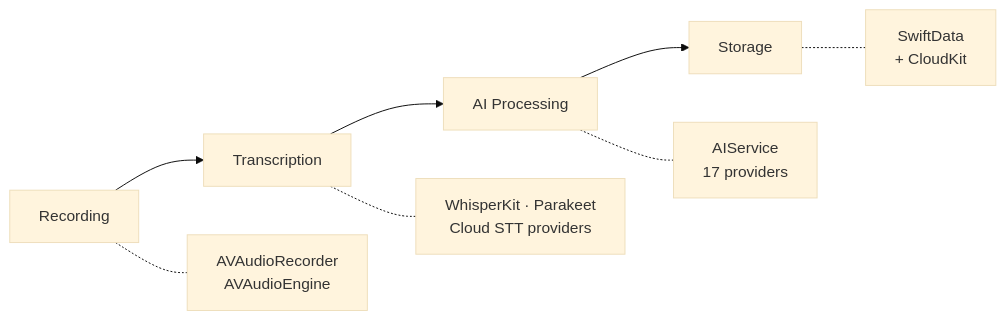
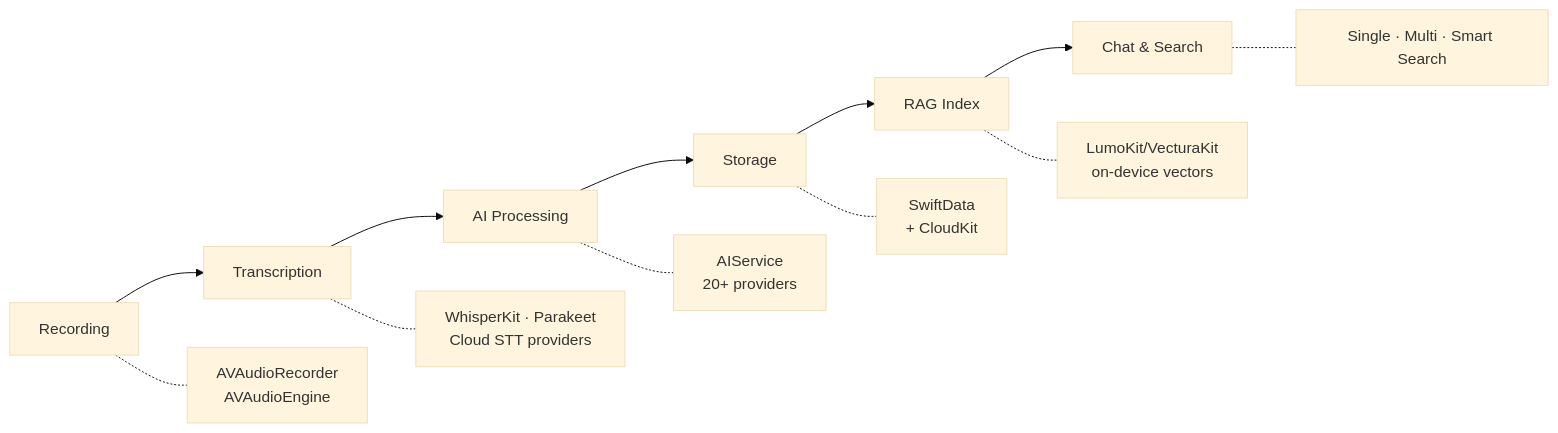
The first of 4 diagrams in README.md (n0an/VivaDicta), drawn with Mermaid (base theme) before and after one commit. The commit also changed other lines of this file, not shown here.

First line of the commit message:
Update README with Chat, RAG, diarization, and current provider counts

````diff
--- a/README.md
+++ b/README.md
@@ -128,9 +142,13 @@
 ```mermaid
 graph LR
     R[Recording] --> T[Transcription] --> AI[AI Processing] --> S[Storage]
+    S --> RAG[RAG Index]
+    RAG --> Chat[Chat & Search]
 
     R -.- R1[AVAudioRecorder<br/>AVAudioEngine]
     T -.- T1[WhisperKit · Parakeet<br/>Cloud STT providers]
-    AI -.- AI1[AIService<br/>17 providers]
+    AI -.- AI1[AIService<br/>20+ providers]
     S -.- S1[SwiftData<br/>+ CloudKit]
+    RAG -.- RAG1[LumoKit/VecturaKit<br/>on-device vectors]
+    Chat -.- Chat1[Single · Multi · Smart Search]
 ```
````
